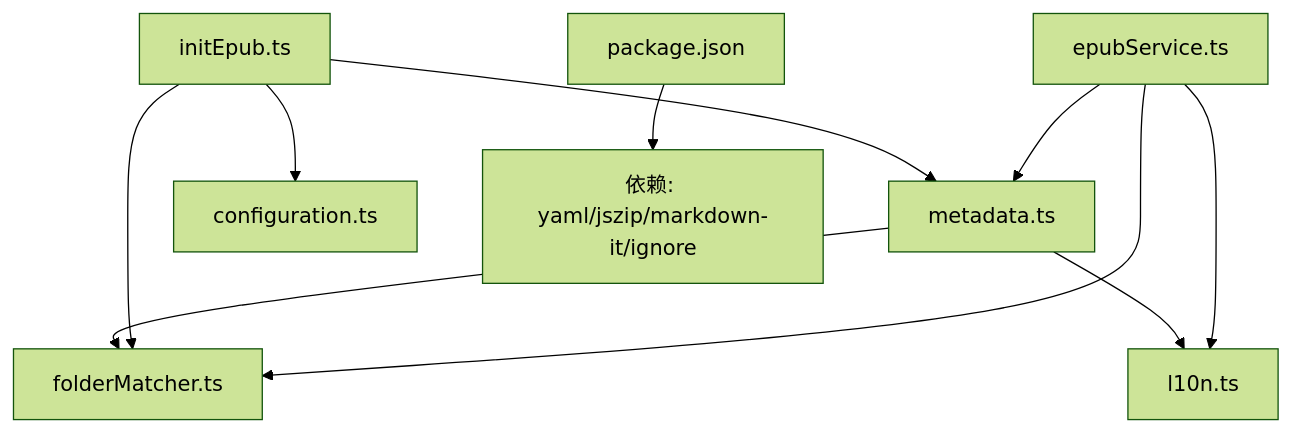
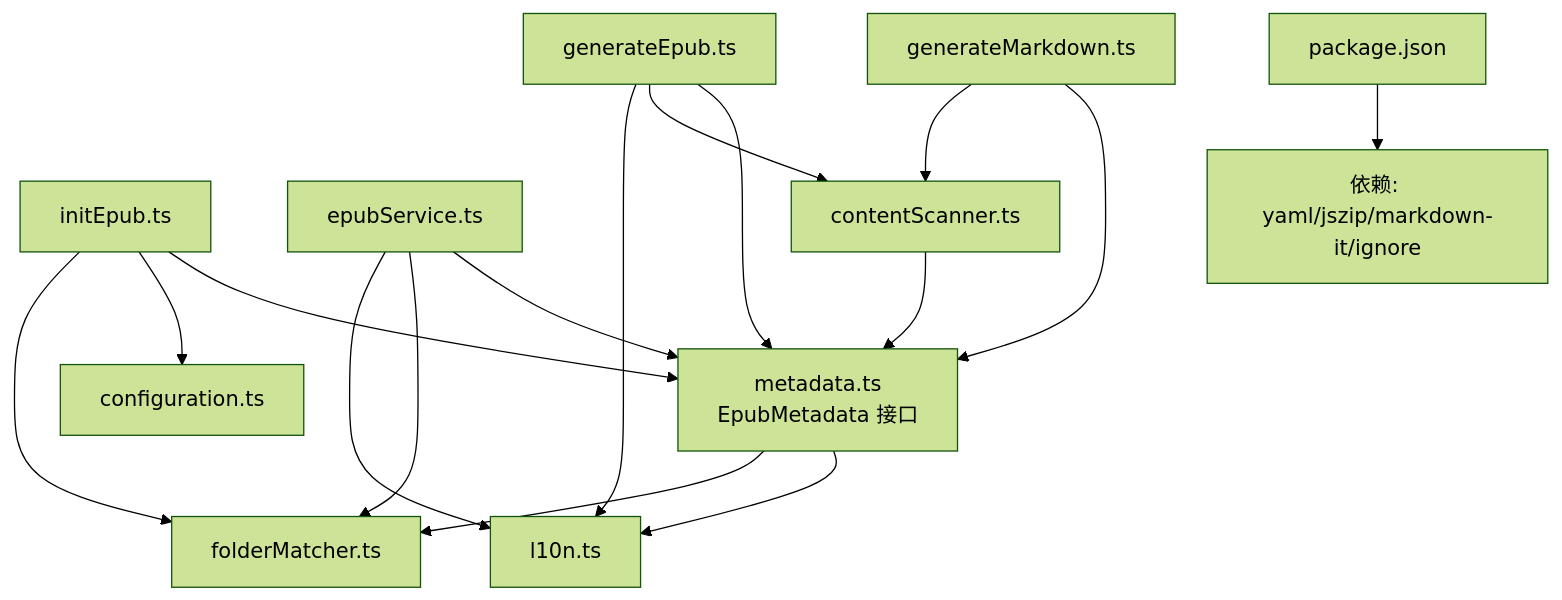
The ninth of 10 diagrams in .qoder/repowiki/zh/content/技术架构详解/EPUB 构建系统/元数据管理系统.md (someok/vscode-folder2epub), drawn with Mermaid (forest theme) before and after one commit. The commit also changed other lines of this file and 4 other files, not shown here.

````diff
--- a/.qoder/repowiki/zh/content/技术架构详解/EPUB 构建系统/元数据管理系统.md
+++ b/.qoder/repowiki/zh/content/技术架构详解/EPUB 构建系统/元数据管理系统.md
@@ -408,12 +471,18 @@
 ```mermaid
 graph TB
-META["metadata.ts"] --> L10N["l10n.ts"]
+META["metadata.ts<br/>EpubMetadata 接口"] --> L10N["l10n.ts"]
 META --> FM["folderMatcher.ts"]
 INIT["initEpub.ts"] --> META
 INIT --> CFG["configuration.ts"]
 INIT --> FM
 EPUB["epubService.ts"] --> META
 EPUB --> FM
 EPUB --> L10N
+GEN["generateEpub.ts"] --> META
+GEN --> CS["contentScanner.ts"]
+GEN --> L10N
+GMD["generateMarkdown.ts"] --> META
+GMD --> CS
+CS --> META
 PKG["package.json"] --> DEP["依赖: yaml/jszip/markdown-it/ignore"]
 ```
````
